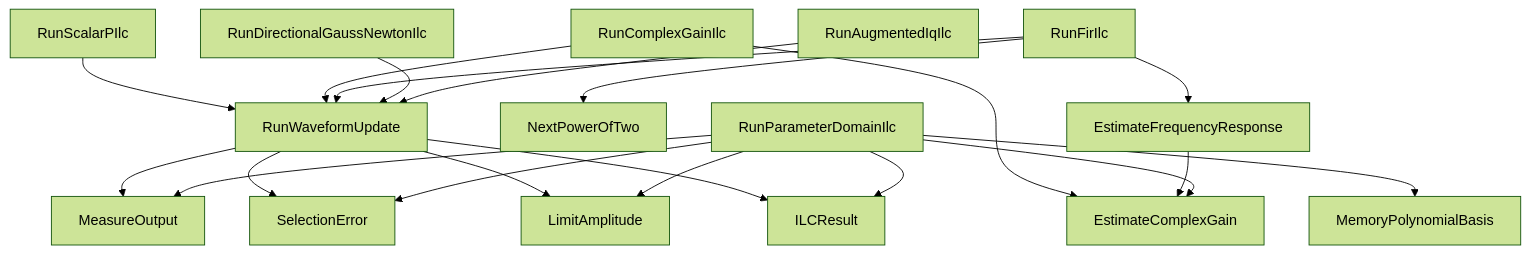
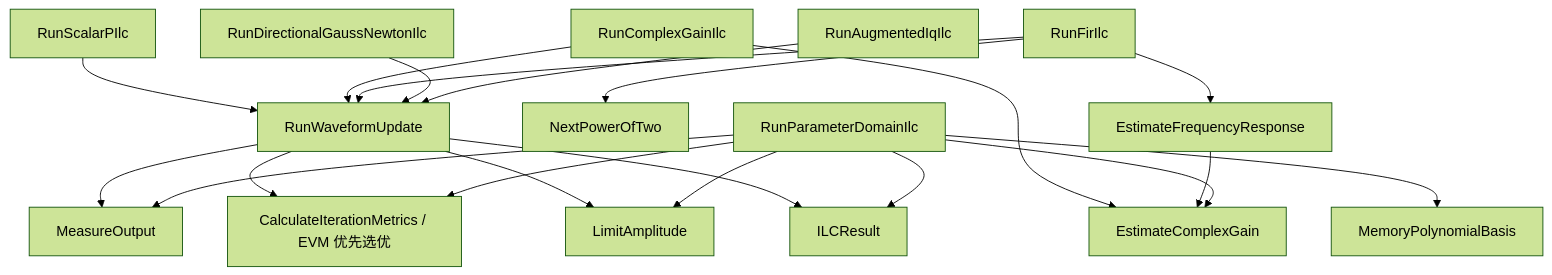
One commit to niyilu45/DPD_ILC changed the sixth of 12 diagrams in README.md. Above: the diagram before and after it, drawn with Mermaid (forest theme). The commit also changed other lines of this file and 18 other files, not shown here.

````diff
--- a/README.md
+++ b/README.md
@@ -212,24 +267,24 @@
 ```mermaid
 flowchart TD
     scalar["RunScalarPIlc"] --> core["RunWaveformUpdate"]
     complex["RunComplexGainIlc"] --> gain["EstimateComplexGain"]
     complex --> core
     fir["RunFirIlc"] --> nextFft["NextPowerOfTwo"]
     fir --> response["EstimateFrequencyResponse"]
     response --> gain
     fir --> core
     gauss["RunDirectionalGaussNewtonIlc"] --> core
     augmented["RunAugmentedIqIlc"] --> core
 
     core --> measure["MeasureOutput"]
-    core --> selection["SelectionError"]
+    core --> selection["CalculateIterationMetrics / EVM 优先选优"]
     core --> limit["LimitAmplitude"]
     core --> result["ILCResult"]
 
     parameter["RunParameterDomainIlc"] --> mpBasis["MemoryPolynomialBasis"]
     parameter --> gain
     parameter --> measure
     parameter --> selection
     parameter --> limit
     parameter --> result
 ```
````
